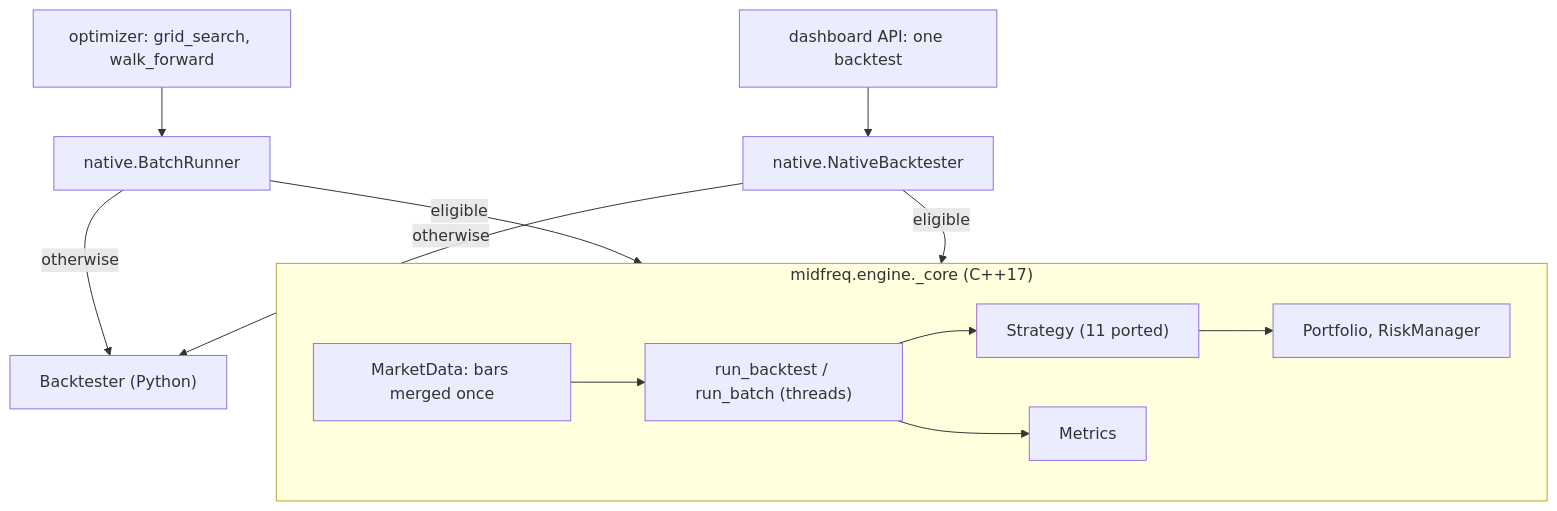
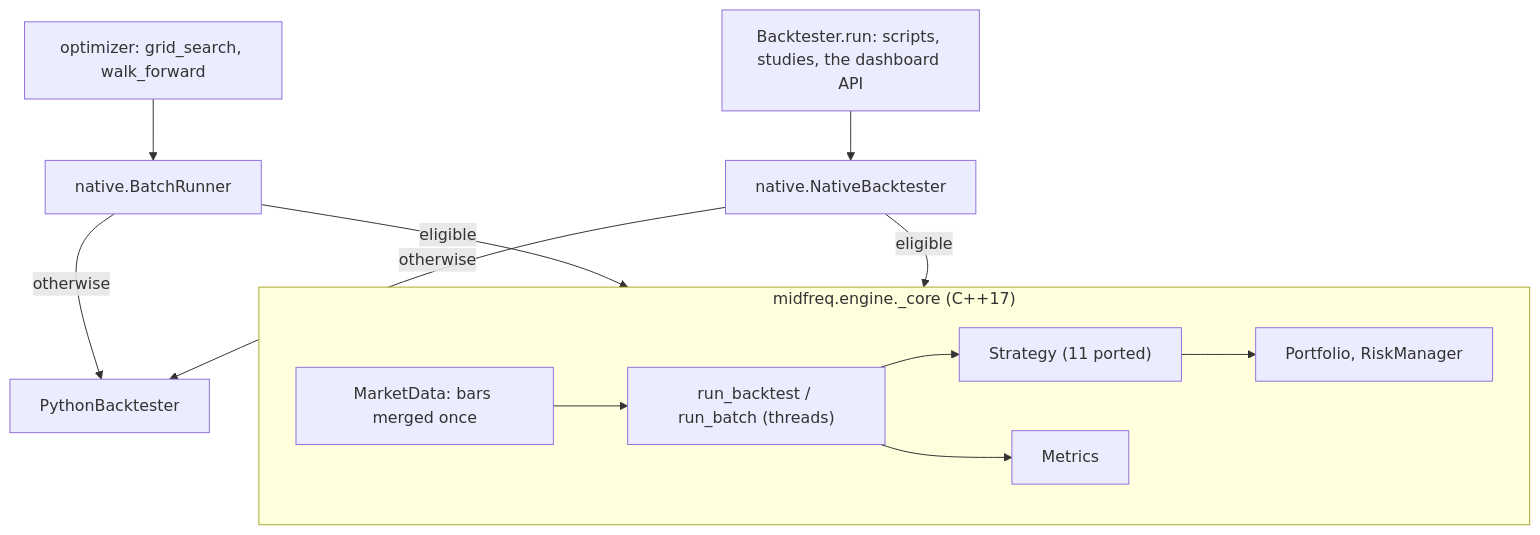
Before and after one commit to JacksonSeowJX/midfreq-trading-bot: the diagram in site_docs/concepts/native_engine.md, drawn with Mermaid. The commit also changed other lines of this file and 14 other files, not shown here.

First line of the commit message:
Backtester runs on the C++ engine underneath, with the same Python interface

````diff
--- a/site_docs/concepts/native_engine.md
+++ b/site_docs/concepts/native_engine.md
@@ -25,15 +28,15 @@
 ```mermaid
 flowchart TB
     opt["optimizer: grid_search, walk_forward"] --> br["native.BatchRunner"]
-    api["dashboard API: one backtest"] --> nb["native.NativeBacktester"]
+    api["Backtester.run: scripts, studies, the dashboard API"] --> nb["native.NativeBacktester"]
     br -->|"eligible"| core
     nb -->|"eligible"| core
-    br -->|"otherwise"| py["Backtester (Python)"]
+    br -->|"otherwise"| py["PythonBacktester"]
     nb -->|"otherwise"| py
     subgraph core["midfreq.engine._core (C++17)"]
         md["MarketData: bars merged once"] --> loop["run_backtest / run_batch (threads)"]
         loop --> st["Strategy (11 ported)"]
         st --> pf["Portfolio, RiskManager"]
         loop --> mt["Metrics"]
     end
 ```
````
